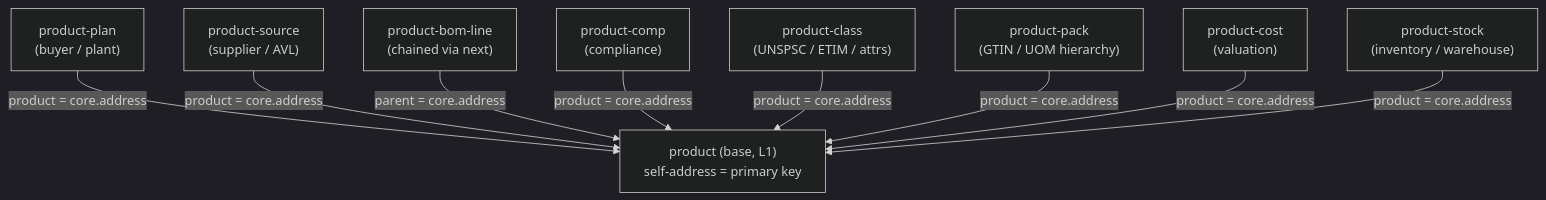
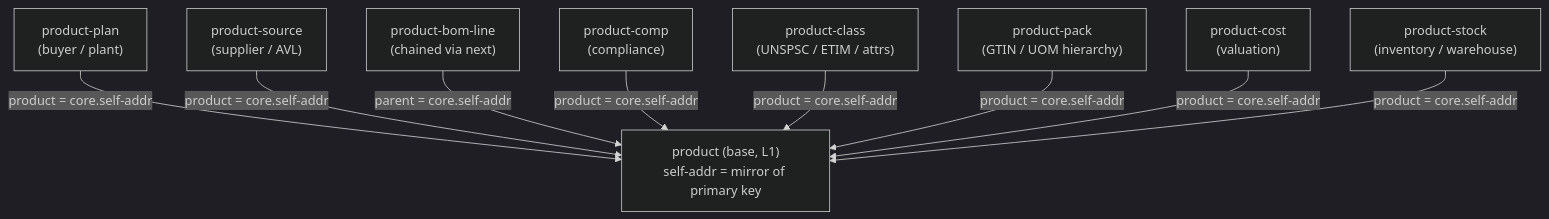
The second of 2 diagrams in docs/product-masterdata-mrp-analysis.md (AkstonCap/Distordia_Standards), drawn with Mermaid (dark theme) before and after one commit. The commit also changed other lines of this file, not shown here.

First line of the commit message:
Rename self-address field to self-addr to avoid system attribute collision

````diff
--- a/docs/product-masterdata-mrp-analysis.md
+++ b/docs/product-masterdata-mrp-analysis.md
@@ -367,21 +372,21 @@
 ```mermaid
 flowchart TB
-    CORE["product (base, L1)<br/>self-address = primary key"]
+    CORE["product (base, L1)<br/>self-addr = mirror of primary key"]
     PLAN["product-plan<br/>(buyer / plant)"]
     SRC["product-source<br/>(supplier / AVL)"]
     BOM["product-bom-line<br/>(chained via next)"]
     CMP["product-comp<br/>(compliance)"]
     CLS["product-class<br/>(UNSPSC / ETIM / attrs)"]
     PCK["product-pack<br/>(GTIN / UOM hierarchy)"]
     CST["product-cost<br/>(valuation)"]
     INV["product-stock<br/>(inventory / warehouse)"]
 
-    PLAN -->|product = core.address| CORE
-    SRC  -->|product = core.address| CORE
-    BOM  -->|parent = core.address| CORE
-    CMP  -->|product = core.address| CORE
-    CLS  -->|product = core.address| CORE
-    PCK  -->|product = core.address| CORE
-    CST  -->|product = core.address| CORE
-    INV  -->|product = core.address| CORE
+    PLAN -->|product = core.self-addr| CORE
+    SRC  -->|product = core.self-addr| CORE
+    BOM  -->|parent = core.self-addr| CORE
+    CMP  -->|product = core.self-addr| CORE
+    CLS  -->|product = core.self-addr| CORE
+    PCK  -->|product = core.self-addr| CORE
+    CST  -->|product = core.self-addr| CORE
+    INV  -->|product = core.self-addr| CORE
 ```
````
